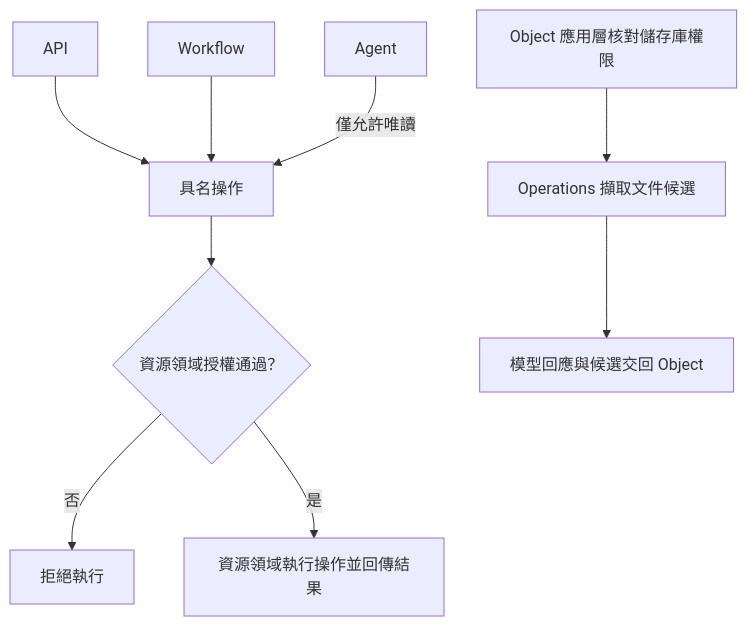
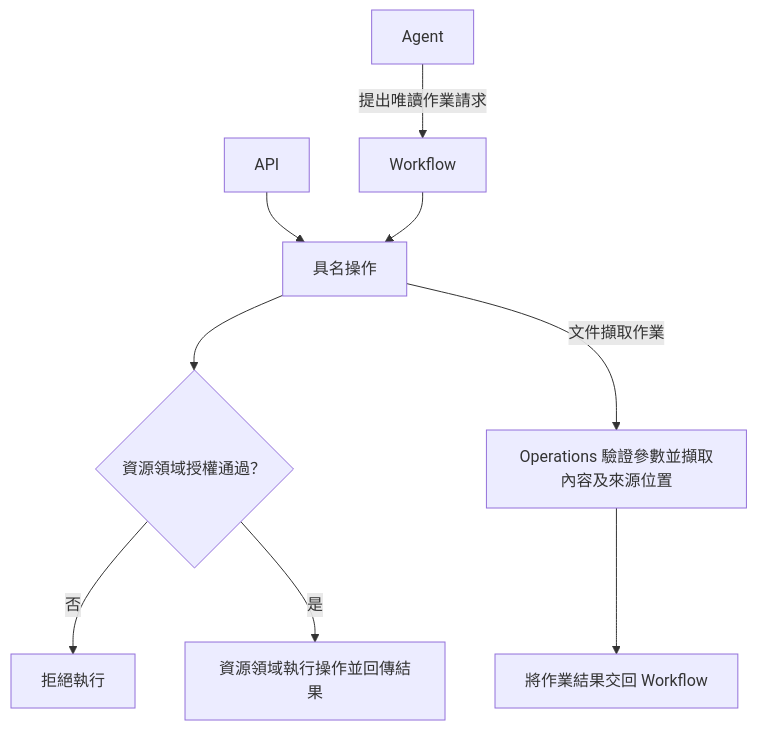
The diagram in docs/domains/operations/design.md (963sup/line-mini-app-bot), drawn with Mermaid before and after one commit. The commit also changed other lines of this file and 38 other files, not shown here.

````diff
--- a/docs/domains/operations/design.md
+++ b/docs/domains/operations/design.md
@@ -27,11 +43,11 @@
 ```mermaid
 flowchart TD
     api["API"] --> op["具名操作"]
     flow["Workflow"] --> op
-    agent["Agent"] -->|"僅允許唯讀"| op
+    agent["Agent"] -->|"提出唯讀作業請求"| flow
     op --> auth{"資源領域授權通過？"}
     auth -->|否| reject["拒絕執行"]
     auth -->|是| execute["資源領域執行操作並回傳結果"]
-    object["Object 應用層核對儲存庫權限"] --> extract["Operations 擷取文件候選"]
-    extract --> response["模型回應與候選交回 Object"]
+    op -->|"文件擷取作業"| extract["Operations 驗證參數並擷取內容及來源位置"]
+    extract --> response["將作業結果交回 Workflow"]
 ```
````
